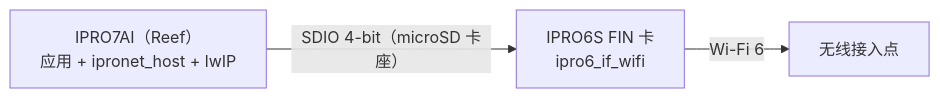
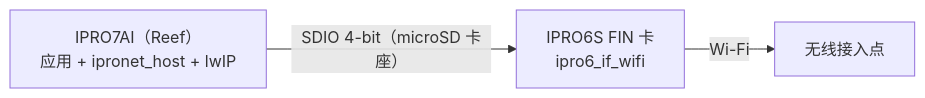
The diagram in docs/zh-cn/hardware/chips/ipro6s.md (INTELPRO-INC/ipro-sdk-docs), drawn with Mermaid before and after one commit. The commit also changed other lines of this file and 173 other files, not shown here.

````diff
--- a/docs/zh-cn/hardware/chips/ipro6s.md
+++ b/docs/zh-cn/hardware/chips/ipro6s.md
@@ -204,5 +204,5 @@
 ```mermaid
 flowchart LR
     A["IPRO7AI（Reef）<br/>应用 + ipronet_host + lwIP"] -- "SDIO 4-bit（microSD 卡座）" --> B["IPRO6S FIN 卡<br/>ipro6_if_wifi"]
-    B -- "Wi-Fi 6" --> C["无线接入点"]
+    B -- "Wi-Fi" --> C["无线接入点"]
 ```
````
